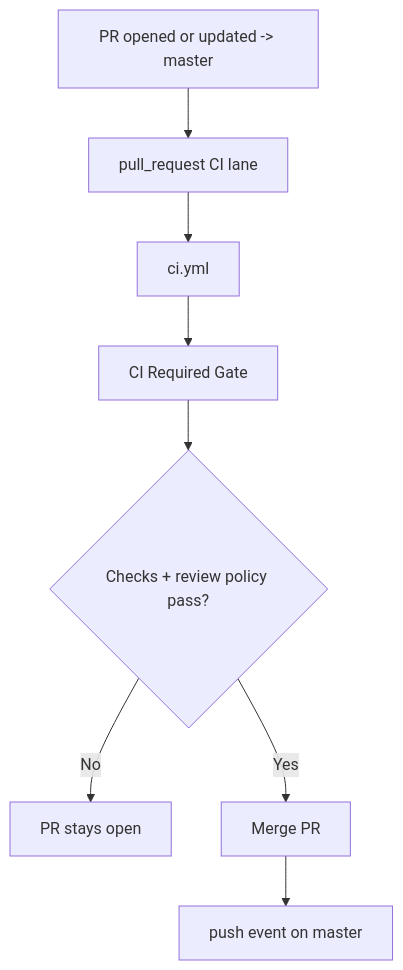
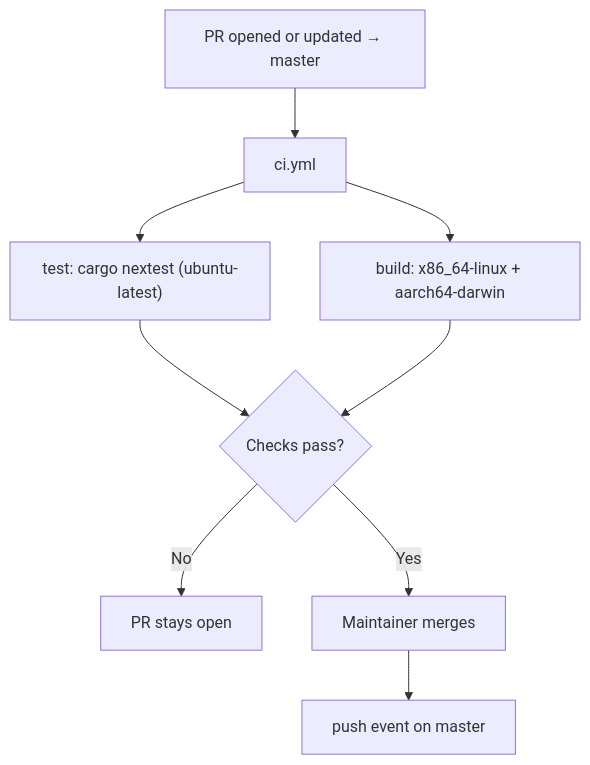
Before and after one commit to hahaxunv2/zeroclaw: the first of 3 diagrams in .github/workflows/master-branch-flow.md, drawn with Mermaid. The commit also changed other lines of this file and 4 other files, not shown here.

````diff
--- a/.github/workflows/master-branch-flow.md
+++ b/.github/workflows/master-branch-flow.md
@@ -46,10 +88,10 @@
 ```mermaid
 flowchart TD
-  A["PR opened or updated -> master"] --> C["pull_request CI lane"]
-  C --> C1["ci.yml"]
-  C1 --> D["CI Required Gate"]
-  D --> E{"Checks + review policy pass?"}
-  E -->|No| F["PR stays open"]
-  E -->|Yes| G["Merge PR"]
-  G --> H["push event on master"]
+  A["PR opened or updated → master"] --> B["ci.yml"]
+  B --> B1["test: cargo nextest (ubuntu-latest)"]
+  B --> B2["build: x86_64-linux + aarch64-darwin"]
+  B1 & B2 --> C{"Checks pass?"}
+  C -->|No| D["PR stays open"]
+  C -->|Yes| E["Maintainer merges"]
+  E --> F["push event on master"]
 ```
````
